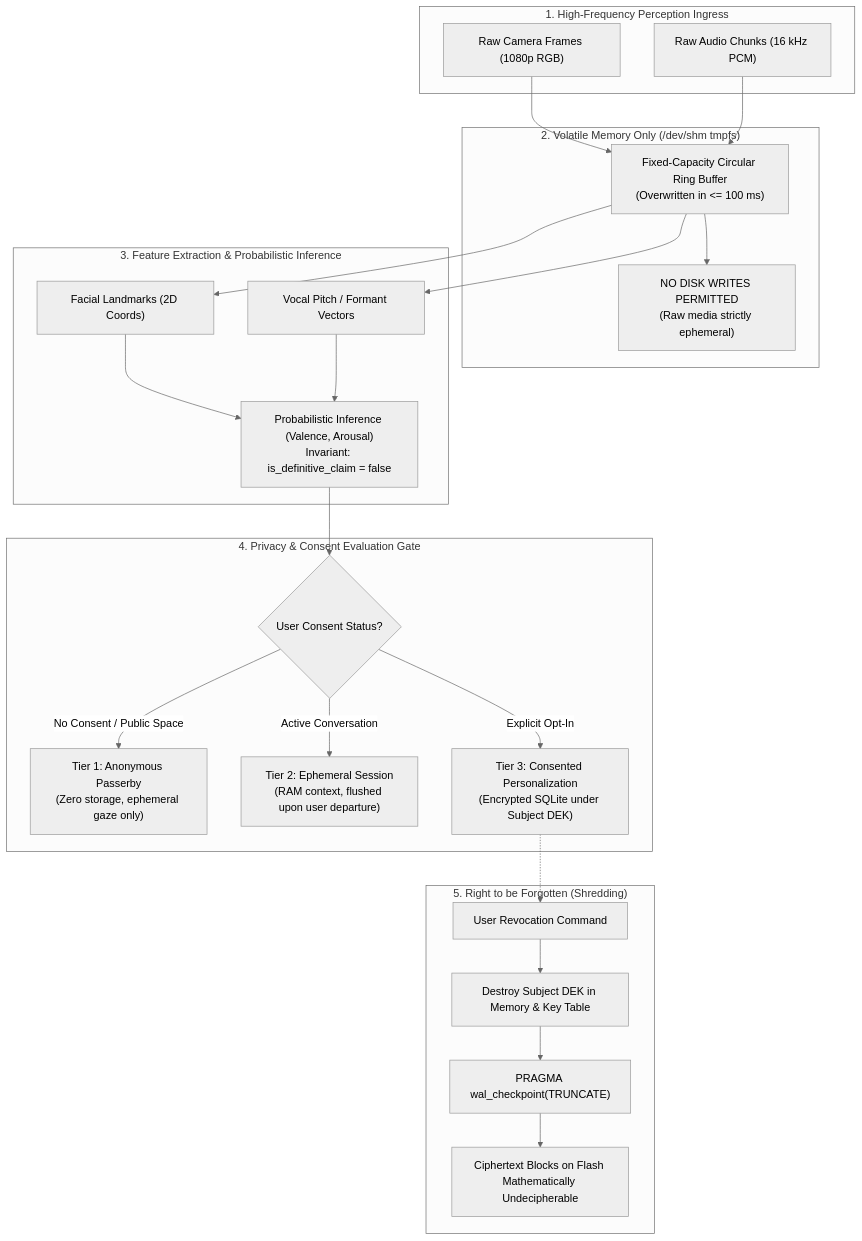
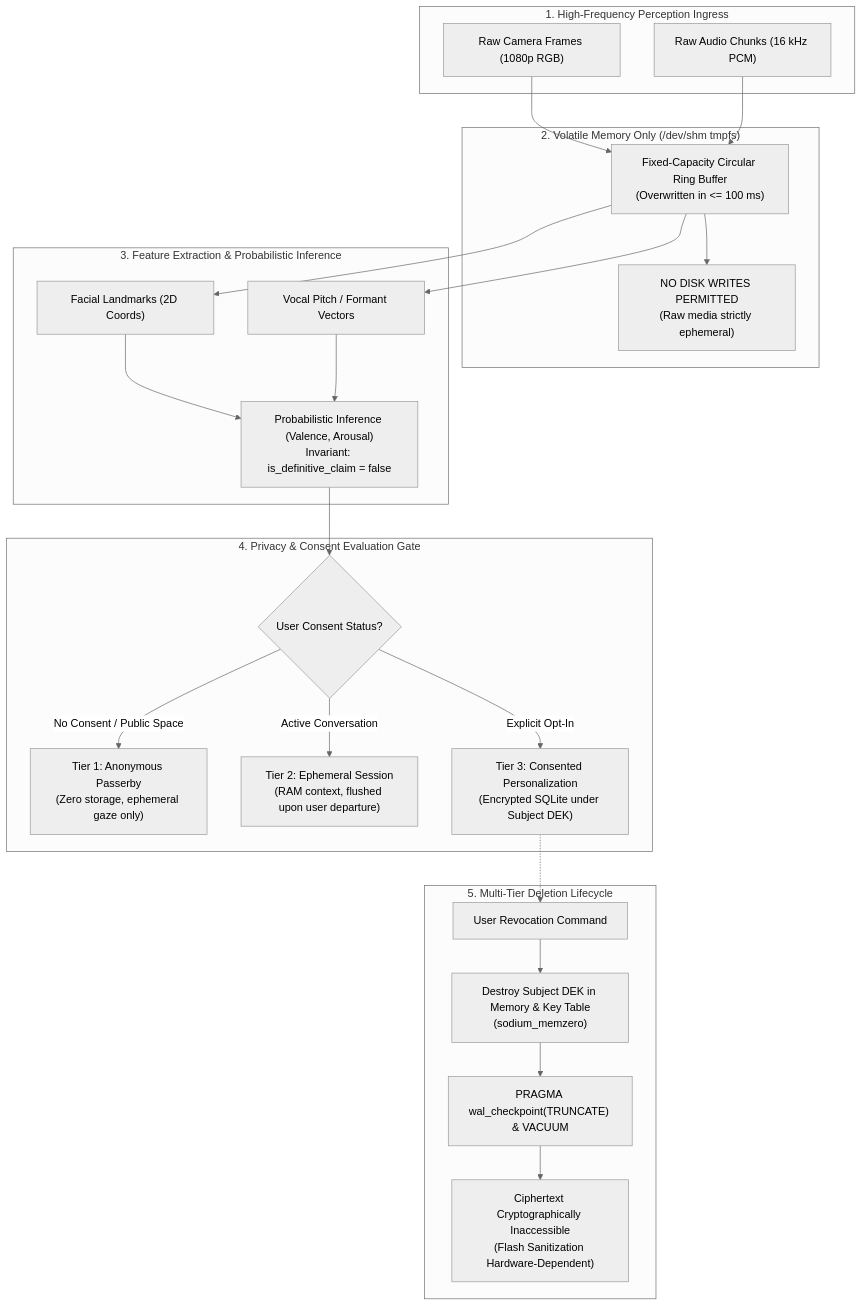
The diagram in docs/architecture/diagrams/PRIVACY_DATA_FLOW.mmd (Ovic-Labs/EON), drawn with Mermaid (neutral theme) before and after one commit. The commit also changed 39 other files, not shown here.

First line of the commit message:
docs(audit): complete Phase 2 architecture correction and final requalification audit

```diff
--- a/docs/architecture/diagrams/PRIVACY_DATA_FLOW.mmd
+++ b/docs/architecture/diagrams/PRIVACY_DATA_FLOW.mmd
@@ -1,49 +1,49 @@
 flowchart TD
     subgraph IngressStream["1. High-Frequency Perception Ingress"]
         CameraFeed["Raw Camera Frames (1080p RGB)"]
         AudioFeed["Raw Audio Chunks (16 kHz PCM)"]
     end
 
     subgraph VolatileMemory["2. Volatile Memory Only (/dev/shm tmpfs)"]
         ShmRing["Fixed-Capacity Circular Ring Buffer<br/>(Overwritten in <= 100 ms)"]
         ZeroDiskInvariant["NO DISK WRITES PERMITTED<br/>(Raw media strictly ephemeral)"]
     end
 
     subgraph ExtractionPipeline["3. Feature Extraction & Probabilistic Inference"]
         Landmarks["Facial Landmarks (2D Coords)"]
         Prosody["Vocal Pitch / Formant Vectors"]
         AffectInference["Probabilistic Inference (Valence, Arousal)<br/>Invariant: is_definitive_claim = false"]
     end
 
     subgraph ConsentDecision["4. Privacy & Consent Evaluation Gate"]
         CheckConsent{"User Consent Status?"}
         Anonymous["Tier 1: Anonymous Passerby<br/>(Zero storage, ephemeral gaze only)"]
         SessionMemory["Tier 2: Ephemeral Session<br/>(RAM context, flushed upon user departure)"]
         EncryptedStorage["Tier 3: Consented Personalization<br/>(Encrypted SQLite under Subject DEK)"]
     end
 
-    subgraph ShreddingAction["5. Right to be Forgotten (Shredding)"]
+    subgraph ShreddingAction["5. Multi-Tier Deletion Lifecycle"]
         UserRevoke["User Revocation Command"]
-        DEKDestroy["Destroy Subject DEK in Memory & Key Table"]
-        WALTruncate["PRAGMA wal_checkpoint(TRUNCATE)"]
-        Unrecoverable["Ciphertext Blocks on Flash Mathematically Undecipherable"]
+        DEKDestroy["Destroy Subject DEK in Memory & Key Table<br/>(sodium_memzero)"]
+        WALTruncate["PRAGMA wal_checkpoint(TRUNCATE) & VACUUM"]
+        CryptographicInaccessible["Ciphertext Cryptographically Inaccessible<br/>(Flash Sanitization Hardware-Dependent)"]
     end
 
     CameraFeed --> ShmRing
     AudioFeed --> ShmRing
     ShmRing --> ZeroDiskInvariant
     ShmRing --> Landmarks
     ShmRing --> Prosody
 
     Landmarks --> AffectInference
     Prosody --> AffectInference
     AffectInference --> CheckConsent
 
     CheckConsent -->|No Consent / Public Space| Anonymous
     CheckConsent -->|Active Conversation| SessionMemory
     CheckConsent -->|Explicit Opt-In| EncryptedStorage
 
     UserRevoke --> DEKDestroy
     DEKDestroy --> WALTruncate
-    WALTruncate --> Unrecoverable
+    WALTruncate --> CryptographicInaccessible
     EncryptedStorage -.-> UserRevoke
```
